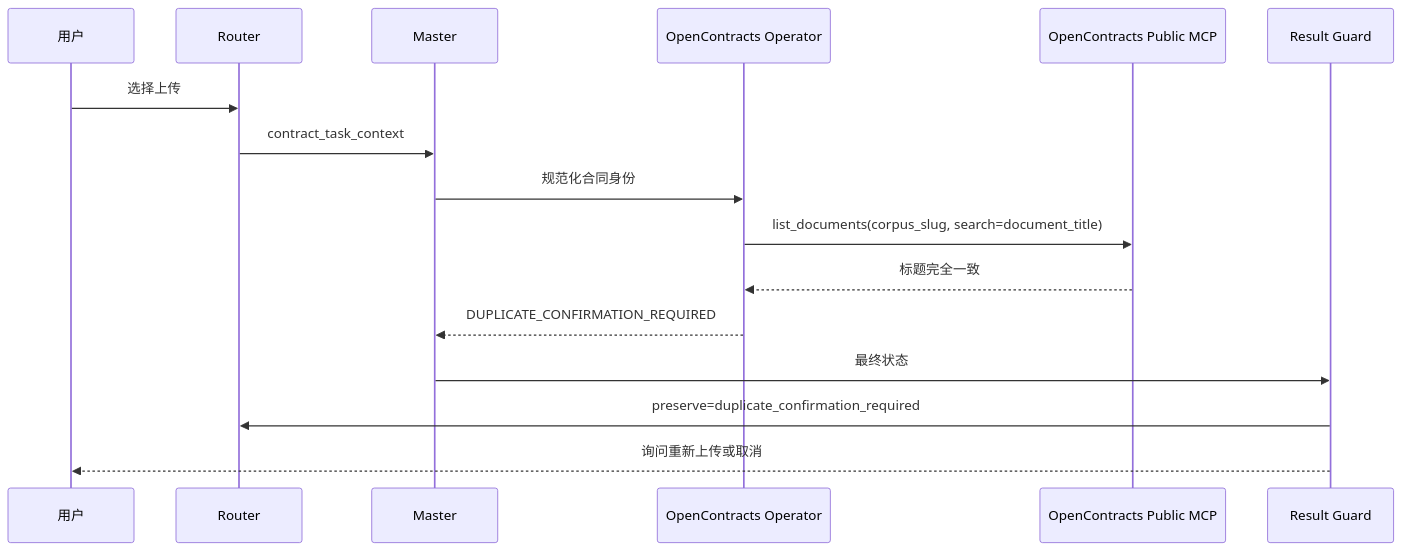
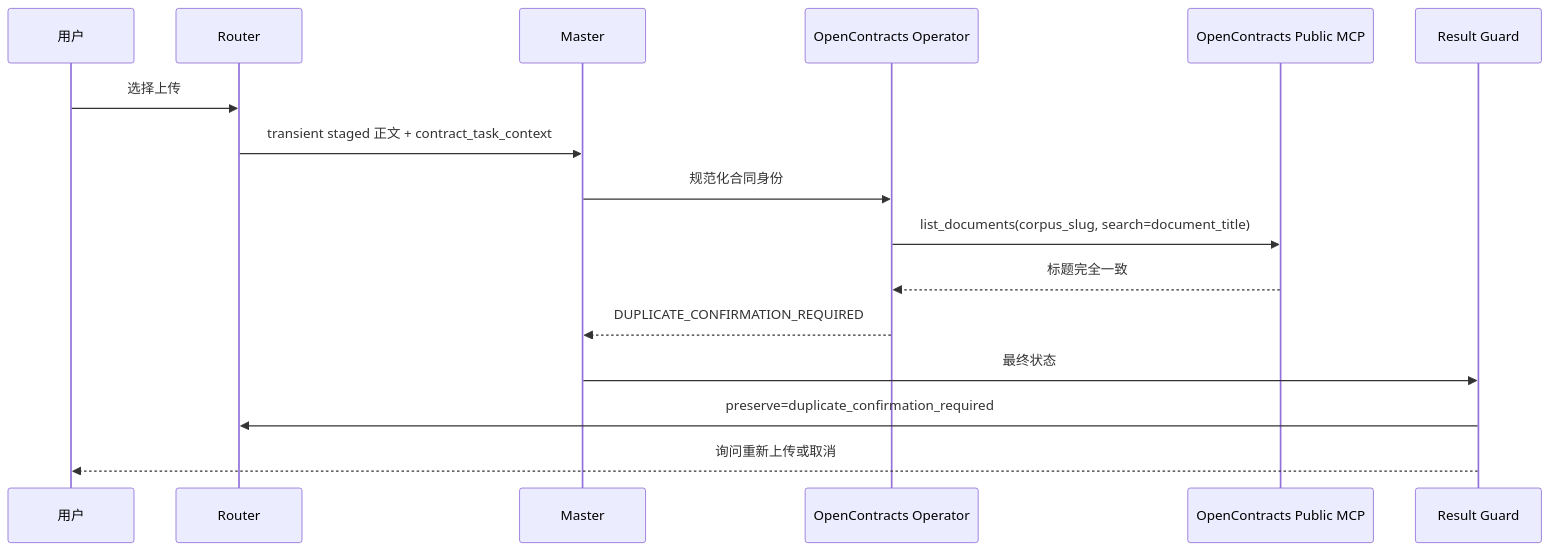
One commit to Ri0n72Y/ContractBotConfig changed the fourth of 7 diagrams in docs/architecture/upload-sequence.md. Above: the diagram before and after it, drawn with Mermaid. The commit also changed other lines of this file and 52 other files, not shown here.

````diff
--- a/docs/architecture/upload-sequence.md
+++ b/docs/architecture/upload-sequence.md
@@ -64,19 +106,19 @@
 ```mermaid
 sequenceDiagram
     participant U as 用户
     participant R as Router
     participant M as Master
     participant O as OpenContracts Operator
     participant MCP as OpenContracts Public MCP
     participant RG as Result Guard
 
     U->>R: 选择上传
-    R->>M: contract_task_context
+    R->>M: transient staged 正文 + contract_task_context
     M->>O: 规范化合同身份
     O->>MCP: list_documents(corpus_slug, search=document_title)
     MCP-->>O: 标题完全一致
     O-->>M: DUPLICATE_CONFIRMATION_REQUIRED
     M->>RG: 最终状态
     RG->>R: preserve=duplicate_confirmation_required
     RG-->>U: 询问重新上传或取消
 ```
````
